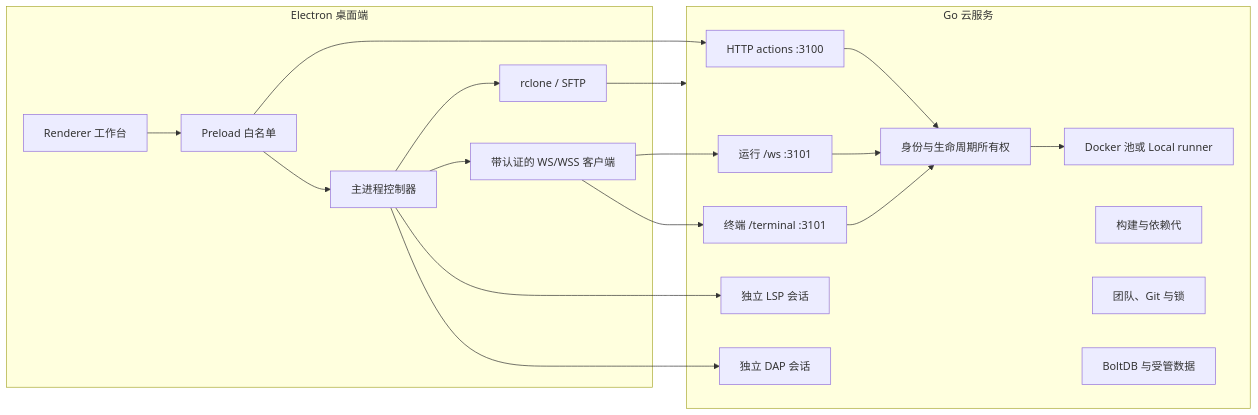
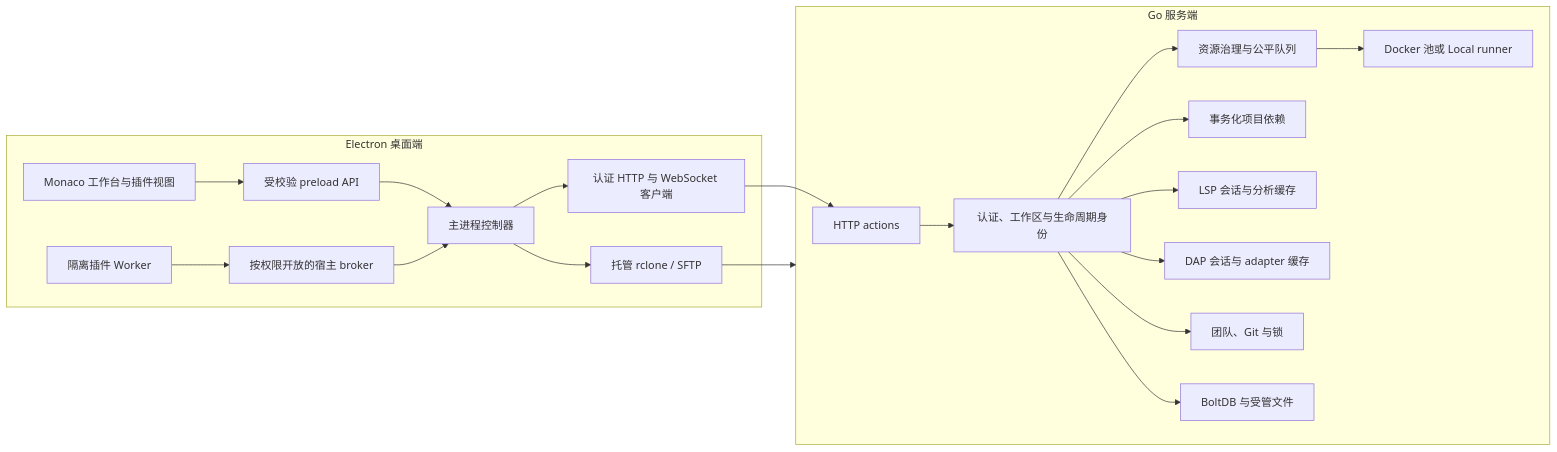
One commit to NemophilistJohn/BOBOcloud-A-cloud-based-remote-compilation-platform changed the diagram in README.zh-CN.md. Above: the diagram before and after it, drawn with Mermaid. The commit also changed other lines of this file and 11 other files, not shown here.

````diff
--- a/README.zh-CN.md
+++ b/README.zh-CN.md
@@ -195,25 +302,21 @@
 ```mermaid
 flowchart LR
   subgraph Desktop["Electron 桌面端"]
-    UI["Renderer 工作台"] --> IPC["Preload 白名单"] --> Main["主进程控制器"]
-    Main --> Sync["rclone / SFTP"]
-    Main --> SecureWS["带认证的 WS/WSS 客户端"]
+    UI["Monaco 工作台与插件视图"] --> Bridge["受校验 preload API"] --> Main["主进程控制器"]
+    Main --> Sync["托管 rclone / SFTP"]
+    Main --> Transport["认证 HTTP 与 WebSocket 客户端"]
+    Worker["隔离插件 Worker"] --> Broker["按权限开放的宿主 broker"] --> Main
   end
-  subgraph Cloud["Go 云服务"]
-    HTTP["HTTP actions :3100"] --> Lifecycle["身份与生命周期所有权"]
-    RunWS["运行 /ws :3101"] --> Lifecycle
-    TermWS["终端 /terminal :3101"] --> Lifecycle
-    Lifecycle --> Runtime["Docker 池或 Local runner"]
-    LSP["独立 LSP 会话"]
-    DAP["独立 DAP 会话"]
-    Cache["构建与依赖代"]
-    Team["团队、Git 与锁"]
-    Data["BoltDB 与受管数据"]
+  subgraph Service["Go 服务端"]
+    API["HTTP actions"] --> Identity["认证、工作区与生命周期身份"]
+    Identity --> Admission["资源治理与公平队列"]
+    Admission --> Runtime["Docker 池或 Local runner"]
+    Identity --> Dependencies["事务化项目依赖"]
+    Identity --> LSP["LSP 会话与分析缓存"]
+    Identity --> DAP["DAP 会话与 adapter 缓存"]
+    Identity --> Team["团队、Git 与锁"]
+    Identity --> Data["BoltDB 与受管文件"]
   end
-  Sync --> Cloud
-  IPC --> HTTP
-  SecureWS --> RunWS
-  SecureWS --> TermWS
-  Main --> LSP
-  Main --> DAP
+  Sync --> Service
+  Transport --> API
 ```
````
